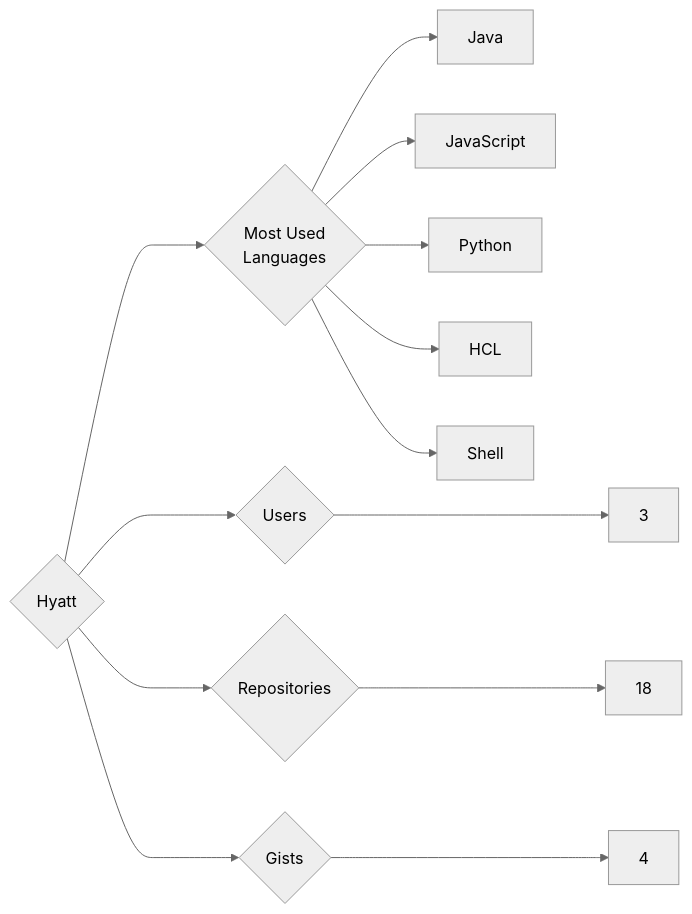
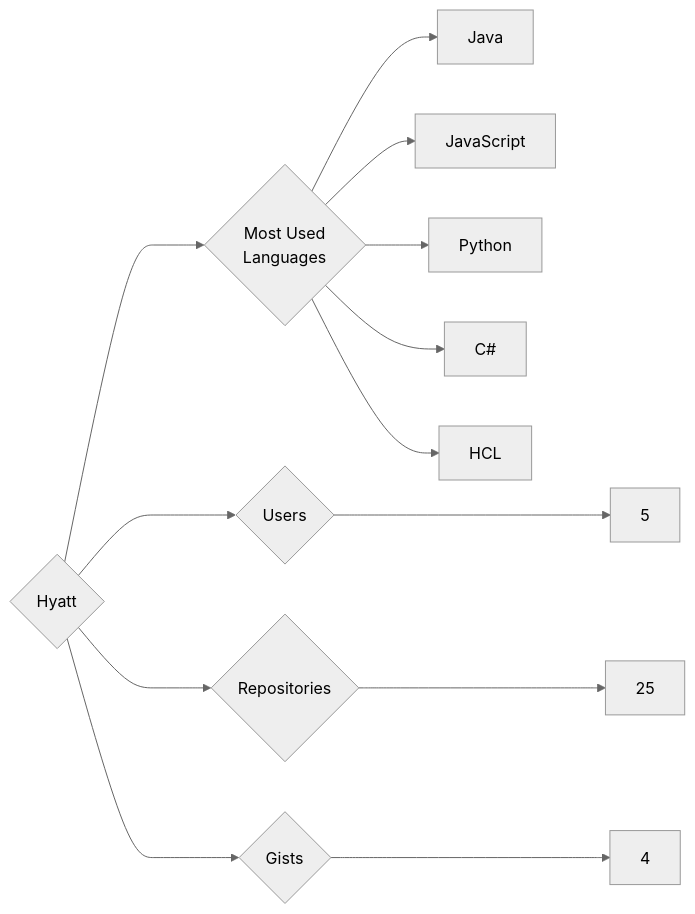
One commit to trickest/insiders changed the diagram in targets/Hyatt/README.md. Above: the diagram before and after it, drawn with Mermaid (neutral theme). The commit also changed 998 other files, not shown here.

````diff
--- a/targets/Hyatt/README.md
+++ b/targets/Hyatt/README.md
@@ -3,13 +3,13 @@
 ```mermaid
 graph LR
 COMPANY_NAME{Hyatt}
-COMPANY_NAME ---> U{Users} ---> UN[3]
-COMPANY_NAME ---> R{Repositories} ---> RN[18]
+COMPANY_NAME ---> U{Users} ---> UN[5]
+COMPANY_NAME ---> R{Repositories} ---> RN[25]
 COMPANY_NAME ---> G{Gists} ---> GN[4]
 COMPANY_NAME ---> ML{Most Used<br>Languages}
 ML --> Java[Java]
 ML --> JavaScript[JavaScript]
 ML --> Python[Python]
+ML --> C#[C#]
 ML --> HCL[HCL]
-ML --> Shell[Shell]
 ```
````
